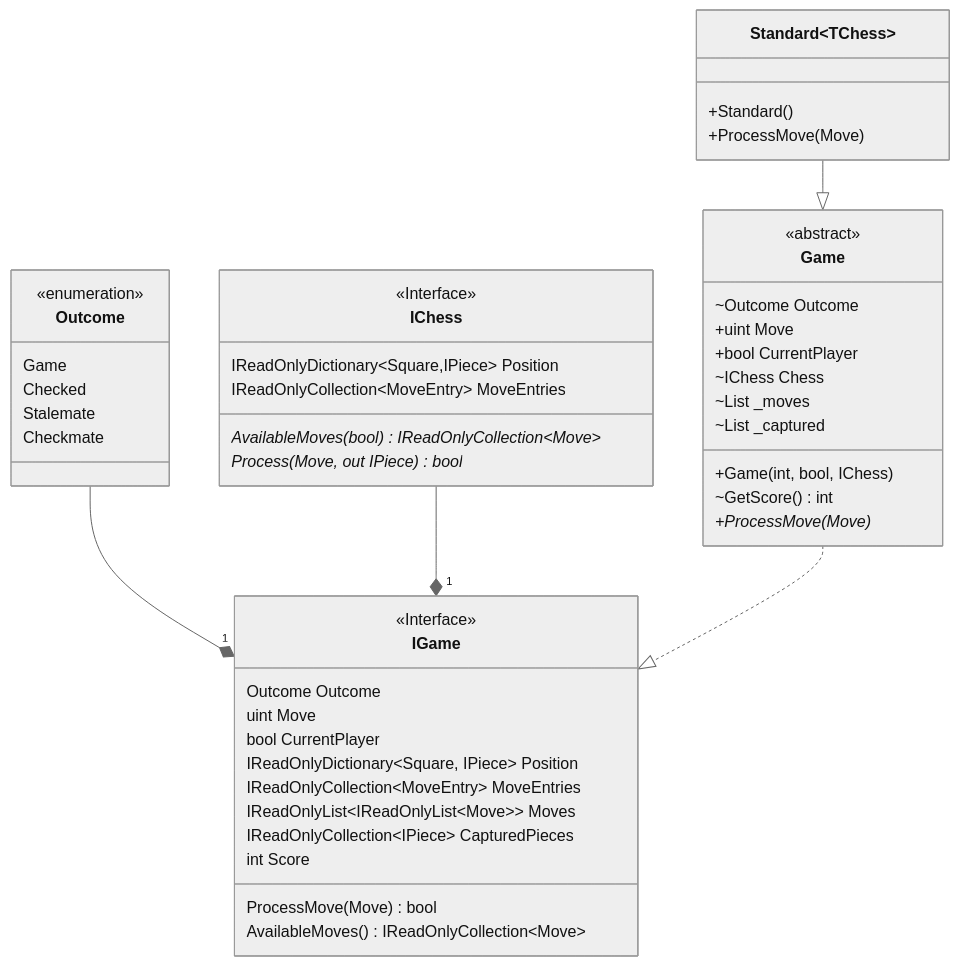
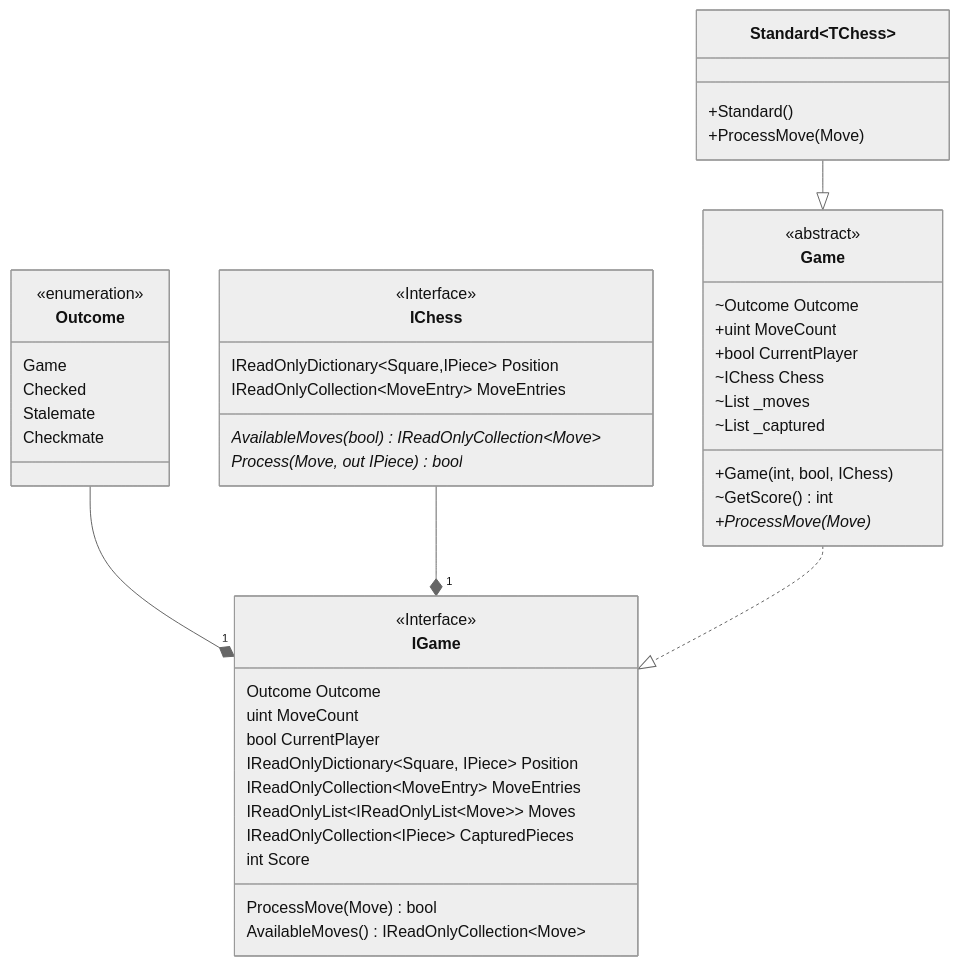
Diagram 12 of 17 in README.md (JeanLColombo/Mate), drawn with Mermaid (neutral theme) before and after one commit. The commit also changed 6 other files, not shown here.

````diff
--- a/README.md
+++ b/README.md
@@ -240,50 +240,50 @@
 ```mermaid
     classDiagram
     class Outcome{
         <<enumeration>>
         Game
         Checked
         Stalemate
         Checkmate
     }
     class IChess{
         <<Interface>>
         IReadOnlyDictionary~Square,IPiece~ Position
         IReadOnlyCollection~MoveEntry~ MoveEntries
         AvailableMoves(bool)* IReadOnlyCollection~Move~
         Process(Move, out IPiece)* bool
     }
     class IGame{
         <<Interface>>
         Outcome Outcome
-        uint Move
+        uint MoveCount
         bool CurrentPlayer
         IReadOnlyDictionary~Square, IPiece~ Position
         IReadOnlyCollection~MoveEntry~ MoveEntries
         IReadOnlyList~IReadOnlyList~Move~~ Moves
         IReadOnlyCollection~IPiece~ CapturedPieces
         int Score
         ProcessMove(Move) bool
         AvailableMoves() IReadOnlyCollection~Move~
     }
     class Game{
         <<abstract>>
         ~Outcome Outcome
-        +uint Move
+        +uint MoveCount
         +bool CurrentPlayer
         ~IChess Chess
         ~List _moves
         ~List _captured
         +Game(int, bool, IChess)
         ~GetScore() int
         +ProcessMove(Move)*
     }
     class Standard~TChess~{
         +Standard()
         +ProcessMove(Move)
     }
     Outcome --* "1" IGame
     IChess --* "1" IGame
     Game ..|> IGame
     Standard~TChess~ --|> Game
 ```
````
